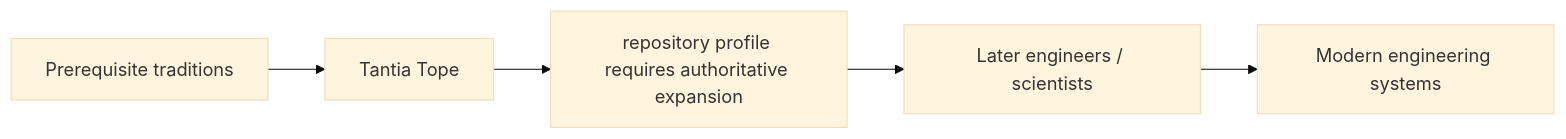
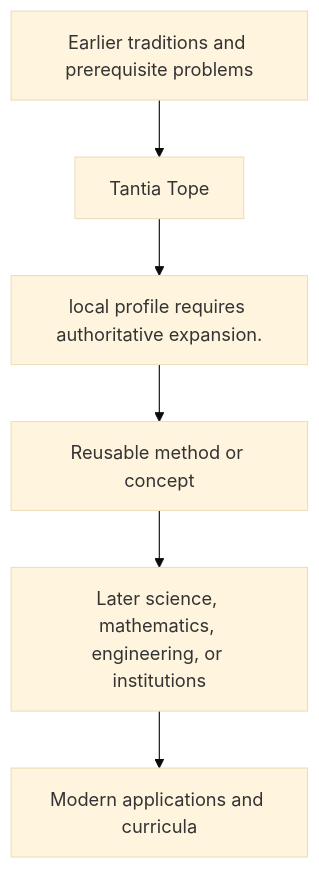
The diagram in docs/history/tantia-tope/influence.md (via-decide/ViaLogic), drawn with Mermaid (base theme) before and after one commit. The commit also changed other lines of this file and 858 other files, not shown here.

````diff
--- a/docs/history/tantia-tope/influence.md
+++ b/docs/history/tantia-tope/influence.md
@@ -29,7 +16,8 @@
 ```mermaid
-graph LR
-  prerequisites["Prerequisite traditions"] --> current["Tantia Tope"]
-  current --> contribution["repository profile requires authoritative expansion"]
-  contribution --> successors["Later engineers / scientists"]
-  successors --> modern["Modern engineering systems"]
+graph TD
+  Prior[Earlier traditions and prerequisite problems] --> Person[Tantia Tope]
+  Person --> Contribution[local profile requires authoritative expansion.]
+  Contribution --> Method[Reusable method or concept]
+  Method --> Later[Later science, mathematics, engineering, or institutions]
+  Later --> Modern[Modern applications and curricula]
 ```
````
